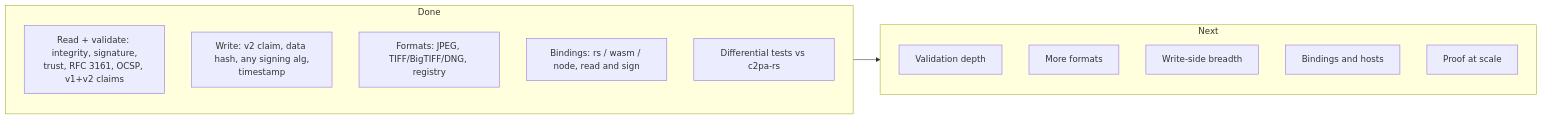
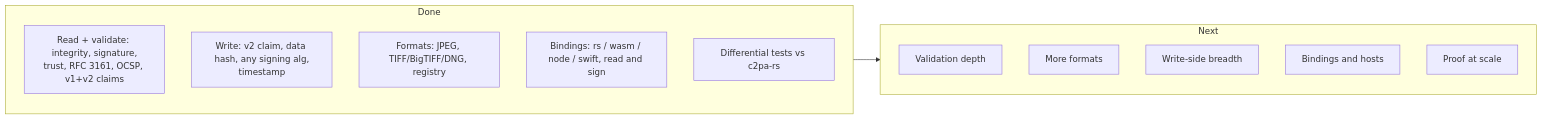
The diagram in docs/walkthrough/09-future.md (scouten/state-machine-experiment), drawn with Mermaid before and after one commit. The commit also changed other lines of this file and 20 other files, not shown here.

````diff
--- a/docs/walkthrough/09-future.md
+++ b/docs/walkthrough/09-future.md
@@ -8,20 +8,20 @@
 ```mermaid
 flowchart LR
     subgraph done["Done"]
         direction TB
         d1["Read + validate: integrity, signature,<br/>trust, RFC 3161, OCSP, v1+v2 claims"]
         d2["Write: v2 claim, data hash, any signing alg,<br/>timestamp"]
         d3["Formats: JPEG, TIFF/BigTIFF/DNG, registry"]
-        d4["Bindings: rs / wasm / node, read and sign"]
+        d4["Bindings: rs / wasm / node / swift, read and sign"]
         d5["Differential tests vs c2pa-rs"]
     end
     subgraph next["Next"]
         direction TB
         n1["Validation depth"]
         n2["More formats"]
         n3["Write-side breadth"]
         n4["Bindings and hosts"]
         n5["Proof at scale"]
     end
     done --> next
 ```
````
